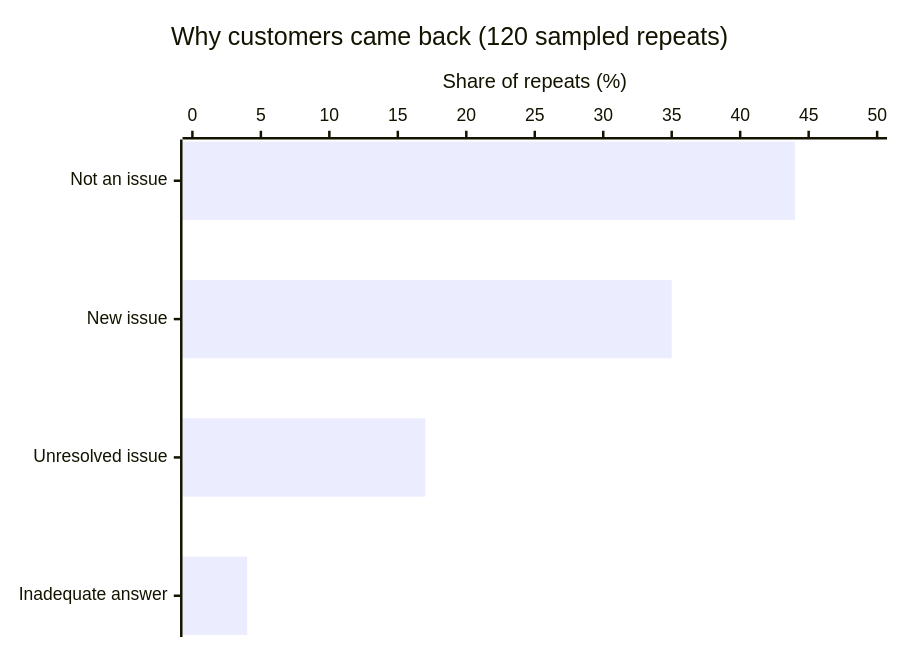
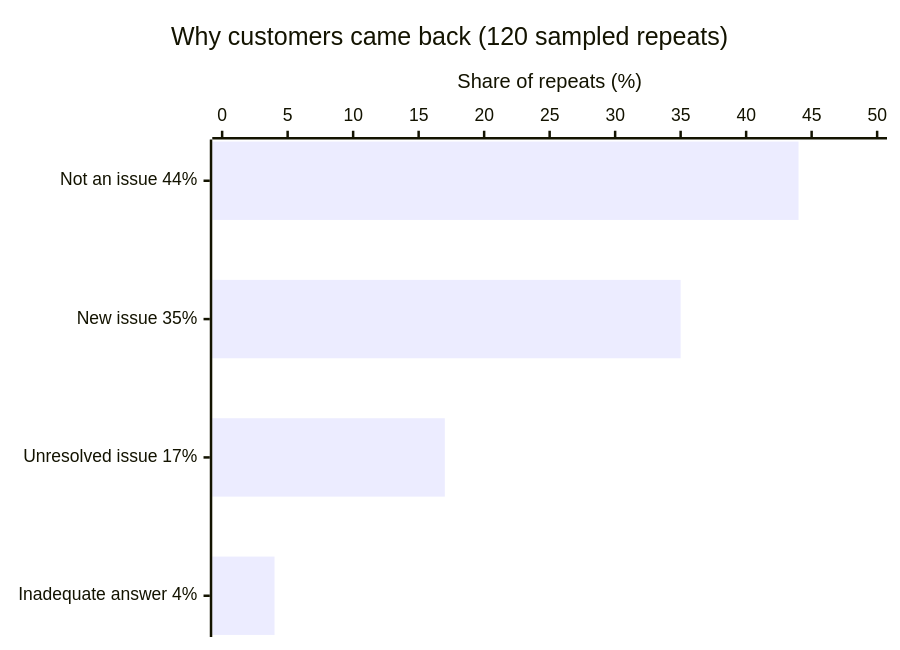
The first of 2 diagrams in README.md (anthonydenike/ai-customer-service-evaluation-prototype), drawn with Mermaid before and after one commit. The commit also changed other lines of this file, not shown here.

Commit message:
Add data overview, labeled charts, production link

````diff
--- a/README.md
+++ b/README.md
@@ -18,7 +41,7 @@
 ```mermaid
 xychart-beta horizontal
     title "Why customers came back (120 sampled repeats)"
-    x-axis ["Not an issue", "New issue", "Unresolved issue", "Inadequate answer"]
+    x-axis ["Not an issue 44%", "New issue 35%", "Unresolved issue 17%", "Inadequate answer 4%"]
     y-axis "Share of repeats (%)" 0 --> 50
     bar [44, 35, 17, 4]
 ```
````
